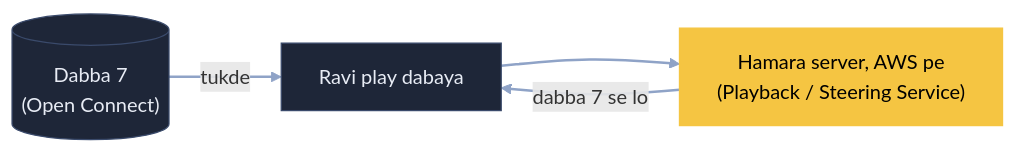
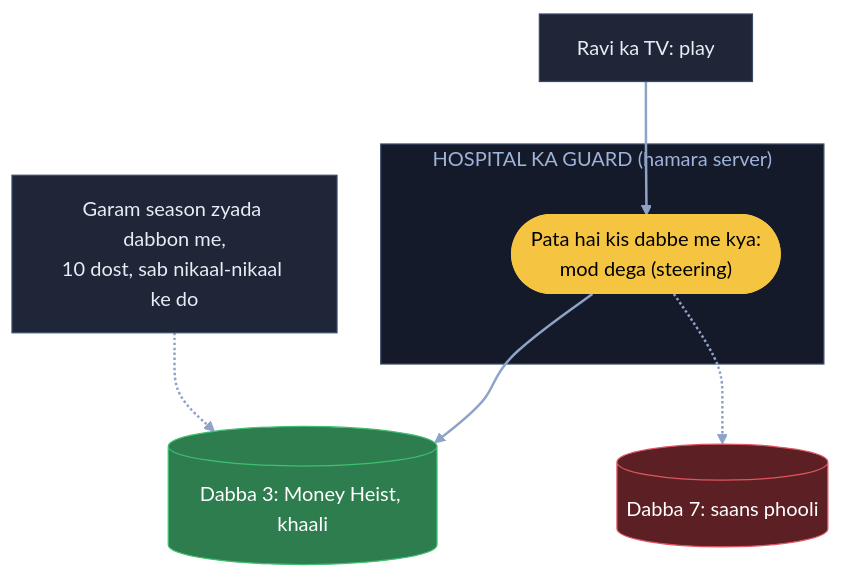
The fifth of 7 diagrams in 04_HLD/SYSTEM_DESIGNS/18_netflix/18_netflix.md (ArpanMaheshwari144/Prep), drawn with Mermaid before and after one commit. The commit also changed other lines of this file, not shown here.

Commit message:
Netflix: 7 diagram hand notes ke shabdon se (apne shehar me file, pen drive, guard, parchi, game parlour)

````diff
--- a/04_HLD/SYSTEM_DESIGNS/18_netflix/18_netflix.md
+++ b/04_HLD/SYSTEM_DESIGNS/18_netflix/18_netflix.md
@@ -143,10 +176,20 @@
 ```mermaid
-flowchart LR
-    R["Ravi play dabaya"] --> P["Hamara server, AWS pe<br/>(Playback / Steering Service)"]
-    P -- "dabba 7 se lo" --> R
-    B7[("Dabba 7<br/>(Open Connect)")] -- "tukde" --> R
-    class P hl
-    classDef default fill:#1e2638,stroke:#3a4a6b,color:#e8ecf5
-    classDef hl fill:#f5c542,stroke:#f5c542,color:#000
+flowchart TB
+    R["Ravi ka TV: play"]:::card
+    subgraph HG["HOSPITAL KA GUARD (hamara server)"]
+        S(["Pata hai kis dabbe me kya:<br/>mod dega (steering)"]):::pill
+    end
+    D3[("Dabba 3: Money Heist, khaali")]:::good
+    D7[("Dabba 7: saans phooli")]:::bad
+    M["Garam season zyada dabbon me,<br/>10 dost, sab nikaal-nikaal ke do"]:::card
+    R --> S
+    S --> D3
+    S -.-> D7
+    M -.-> D3
     linkStyle default stroke:#8fa3c7,stroke-width:2px
+    classDef card fill:#1e2638,stroke:#3a4a6b,color:#e8ecf5
+    classDef pill fill:#f5c542,stroke:#f5c542,color:#000
+    classDef good fill:#2e7d4f,stroke:#3fbf6f,color:#fff
+    classDef bad fill:#5c1f24,stroke:#e05561,color:#fff
+    style HG fill:#141a29,stroke:#3a4a6b,color:#9fb3d9
 ```
````
